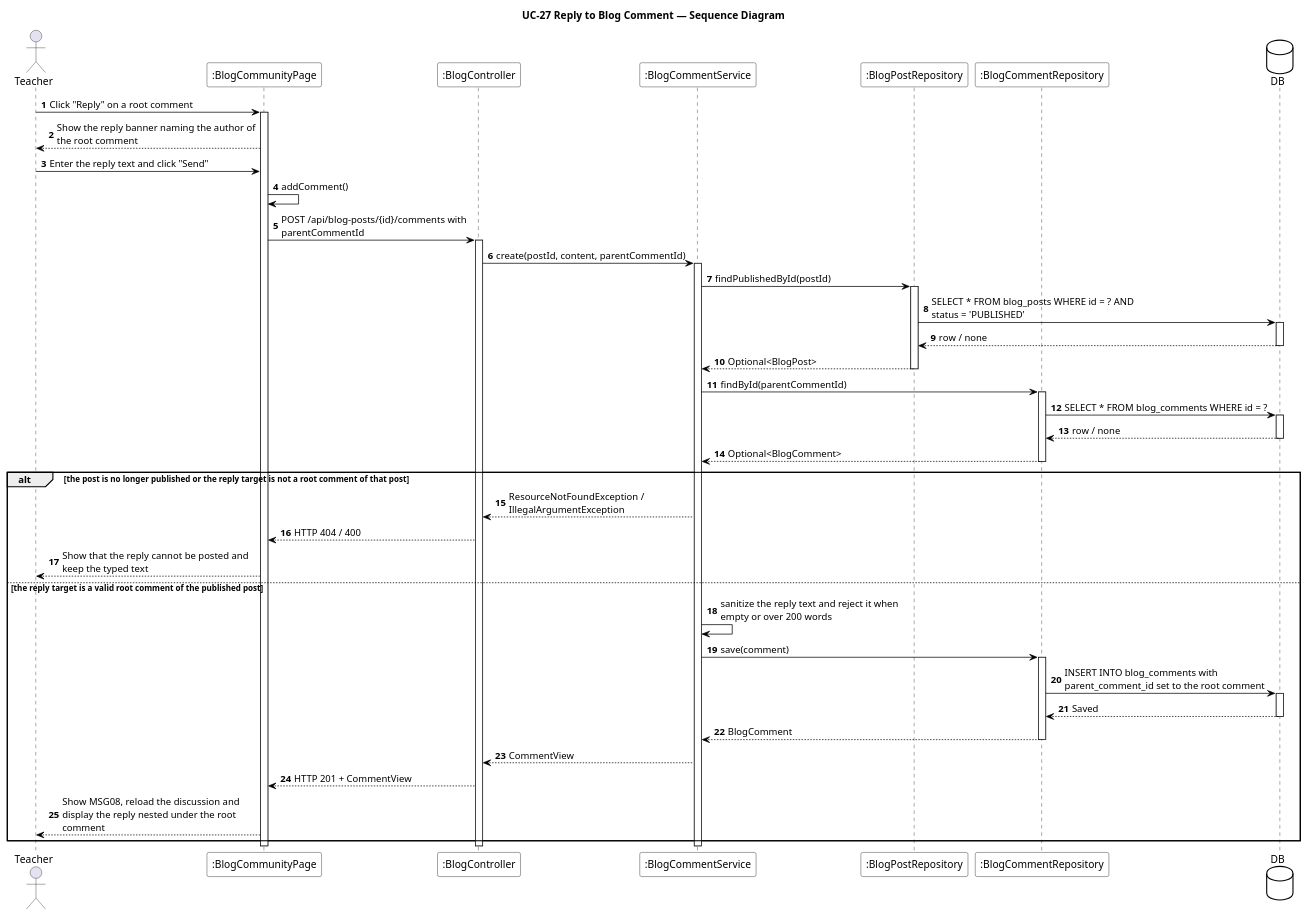
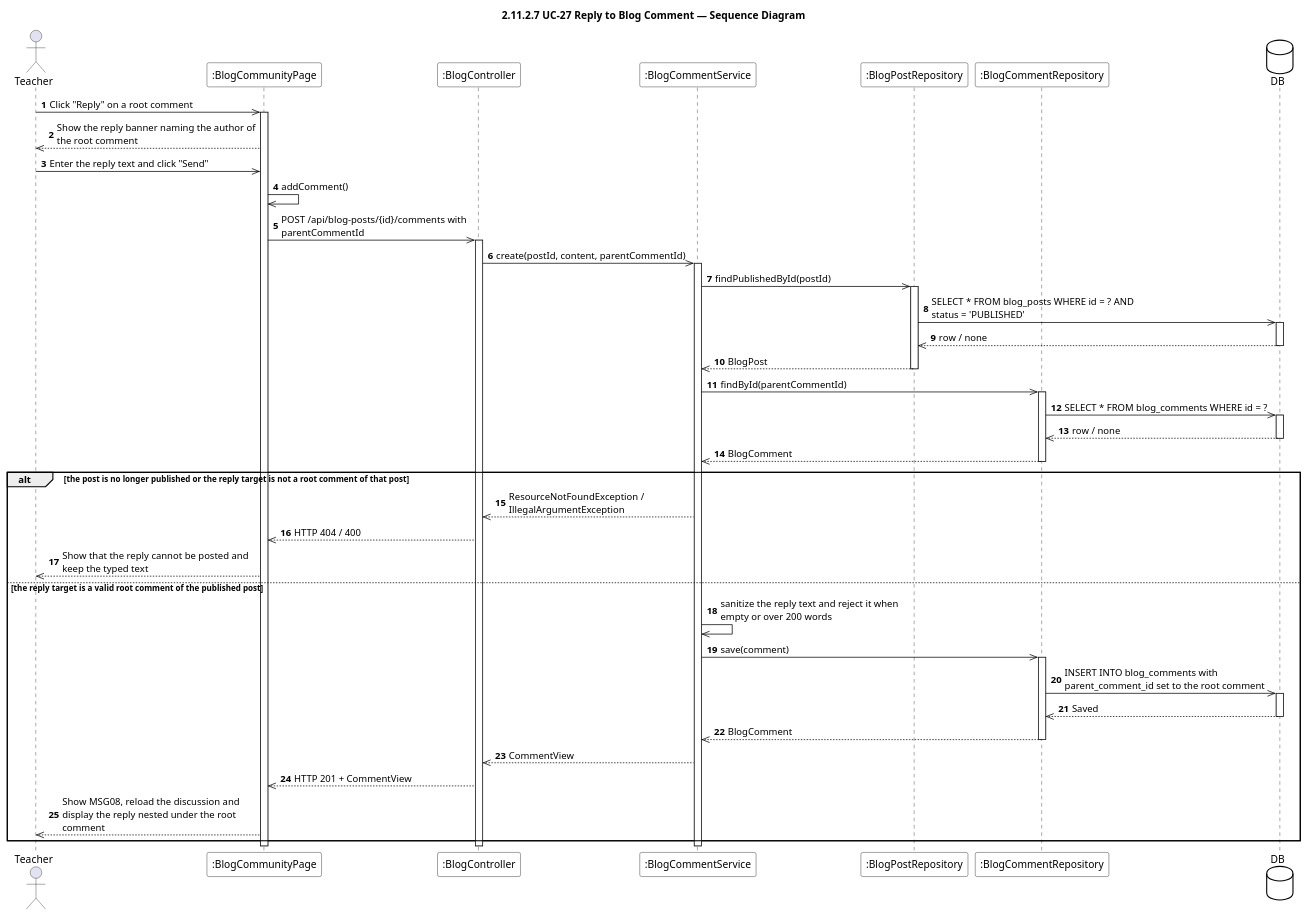
The diagram in designs/sds-diagrams/uc27/uc27_sequence.puml (EduA-system/EduA-system), drawn with PlantUML before and after one commit. The commit also changed 585 other files, not shown here.

Commit message:
hình sequence diagram mới

```diff
--- a/designs/sds-diagrams/uc27/uc27_sequence.puml
+++ b/designs/sds-diagrams/uc27/uc27_sequence.puml
@@ -1,73 +1,73 @@
 @startuml UC-27 Reply to Blog Comment - Sequence Diagram
 skinparam defaultFontName "Segoe UI"
 skinparam shadowing false
 skinparam ParticipantBackgroundColor #FFFFFF
 skinparam ParticipantBorderColor #000000
 skinparam DatabaseBackgroundColor #FFFFFF
 skinparam DatabaseBorderColor #000000
 skinparam ArrowColor #000000
 skinparam sequenceMessageAlign left
 skinparam maxMessageSize 280
-title UC-27 Reply to Blog Comment — Sequence Diagram
+title 2.11.2.7 UC-27 Reply to Blog Comment — Sequence Diagram
 
 actor Teacher
 participant ":BlogCommunityPage" as UI
 participant ":BlogController" as CTL
 participant ":BlogCommentService" as SVC
 participant ":BlogPostRepository" as PREPO
 participant ":BlogCommentRepository" as CREPO
 database DB
 
 autonumber
-Teacher -> UI : Click "Reply" on a root comment
+Teacher ->> UI : Click "Reply" on a root comment
 activate UI
-UI --> Teacher : Show the reply banner naming the author of the root comment
-Teacher -> UI : Enter the reply text and click "Send"
-UI -> UI : addComment()
-UI -> CTL : POST /api/blog-posts/{id}/comments with parentCommentId
+UI -->> Teacher : Show the reply banner naming the author of the root comment
+Teacher ->> UI : Enter the reply text and click "Send"
+UI ->> UI : addComment()
+UI ->> CTL : POST /api/blog-posts/{id}/comments with parentCommentId
 activate CTL
-CTL -> SVC : create(postId, content, parentCommentId)
+CTL ->> SVC : create(postId, content, parentCommentId)
 activate SVC
 
-SVC -> PREPO : findPublishedById(postId)
+SVC ->> PREPO : findPublishedById(postId)
 activate PREPO
-PREPO -> DB : SELECT * FROM blog_posts WHERE id = ? AND status = 'PUBLISHED'
+PREPO ->> DB : SELECT * FROM blog_posts WHERE id = ? AND status = 'PUBLISHED'
 activate DB
-DB --> PREPO : row / none
+DB -->> PREPO : row / none
 deactivate DB
-PREPO --> SVC : Optional<BlogPost>
+PREPO -->> SVC : BlogPost
 deactivate PREPO
 
-SVC -> CREPO : findById(parentCommentId)
+SVC ->> CREPO : findById(parentCommentId)
 activate CREPO
-CREPO -> DB : SELECT * FROM blog_comments WHERE id = ?
+CREPO ->> DB : SELECT * FROM blog_comments WHERE id = ?
 activate DB
-DB --> CREPO : row / none
+DB -->> CREPO : row / none
 deactivate DB
-CREPO --> SVC : Optional<BlogComment>
+CREPO -->> SVC : BlogComment
 deactivate CREPO
 
 alt the post is no longer published or the reply target is not a root comment of that post
-  SVC --> CTL : ResourceNotFoundException / IllegalArgumentException
-  CTL --> UI : HTTP 404 / 400
-  UI --> Teacher : Show that the reply cannot be posted and keep the typed text
+  SVC -->> CTL : ResourceNotFoundException / IllegalArgumentException
+  CTL -->> UI : HTTP 404 / 400
+  UI -->> Teacher : Show that the reply cannot be posted and keep the typed text
 
 else the reply target is a valid root comment of the published post
-  SVC -> SVC : sanitize the reply text and reject it when empty or over 200 words
-  SVC -> CREPO : save(comment)
+  SVC ->> SVC : sanitize the reply text and reject it when empty or over 200 words
+  SVC ->> CREPO : save(comment)
   activate CREPO
-  CREPO -> DB : INSERT INTO blog_comments with parent_comment_id set to the root comment
+  CREPO ->> DB : INSERT INTO blog_comments with parent_comment_id set to the root comment
   activate DB
-  DB --> CREPO : Saved
+  DB -->> CREPO : Saved
   deactivate DB
-  CREPO --> SVC : BlogComment
+  CREPO -->> SVC : BlogComment
   deactivate CREPO
-  SVC --> CTL : CommentView
-  CTL --> UI : HTTP 201 + CommentView
-  UI --> Teacher : Show MSG08, reload the discussion and display the reply nested under the root comment
+  SVC -->> CTL : CommentView
+  CTL -->> UI : HTTP 201 + CommentView
+  UI -->> Teacher : Show MSG08, reload the discussion and display the reply nested under the root comment
 end
 
 deactivate SVC
 deactivate CTL
 deactivate UI
 @enduml
```
